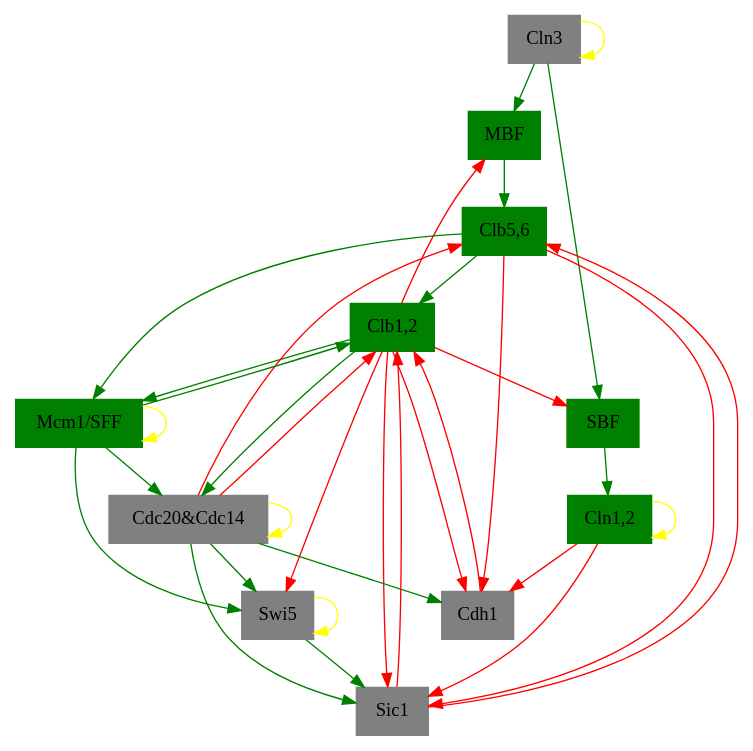
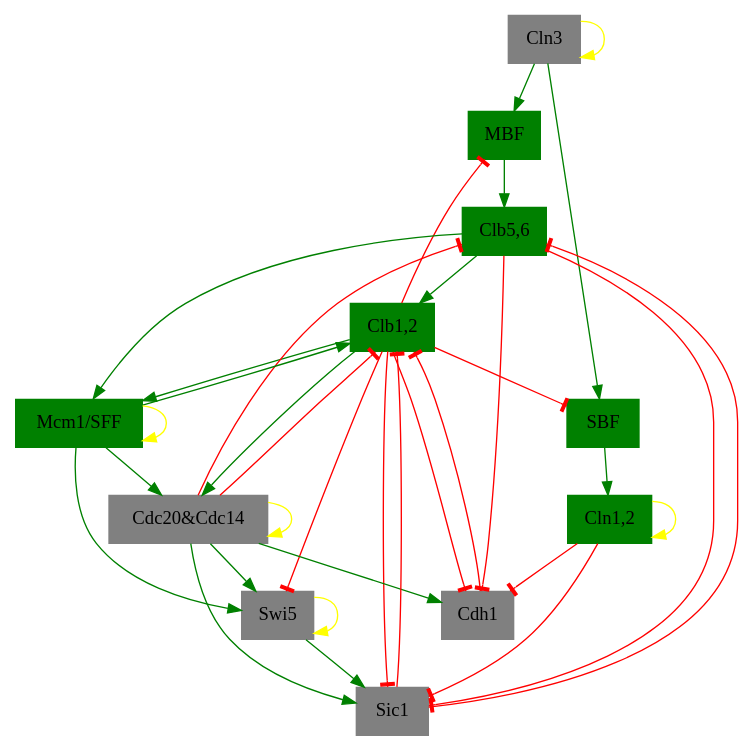
One commit to ellaqezi/cellCycle changed the diagram in temporal/6.gv. Above: the diagram before and after it, drawn with Graphviz. The commit also changed 31 other files, not shown here.

```diff
--- a/temporal/6.gv
+++ b/temporal/6.gv
@@ -1,70 +1,70 @@
-digraph 01110001011  {
+digraph "01110001011"  {
 "Cln3" [shape=box, color=gray, style=filled];
-	edge [color=yellow]; 
+	edge [color=yellow, arrowhead=normal]; 
 	"Cln3" -> "Cln3";
 "MBF" [shape=box, color=green, style=filled];
-	edge [color=green]; 
+	edge [color=green, arrowhead=normal]; 
 	"Cln3" -> "MBF";
-	edge [color=red]; 
+	edge [color=red, arrowhead=tee]; 
 	"Clb1,2" -> "MBF";
 "SBF" [shape=box, color=green, style=filled];
-	edge [color=green]; 
+	edge [color=green, arrowhead=normal]; 
 	"Cln3" -> "SBF";
-	edge [color=red]; 
+	edge [color=red, arrowhead=tee]; 
 	"Clb1,2" -> "SBF";
 "Cln1,2" [shape=box, color=green, style=filled];
-	edge [color=yellow]; 
+	edge [color=yellow, arrowhead=normal]; 
 	"Cln1,2" -> "Cln1,2";
-	edge [color=green]; 
+	edge [color=green, arrowhead=normal]; 
 	"SBF" -> "Cln1,2";
 "Cdh1" [shape=box, color=gray, style=filled];
-	edge [color=green]; 
+	edge [color=green, arrowhead=normal]; 
 	"Cdc20&Cdc14" -> "Cdh1";
-	edge [color=red]; 
+	edge [color=red, arrowhead=tee]; 
 	"Clb1,2" -> "Cdh1";
 	"Clb5,6" -> "Cdh1";
 	"Cln1,2" -> "Cdh1";
 "Swi5" [shape=box, color=gray, style=filled];
-	edge [color=yellow]; 
+	edge [color=yellow, arrowhead=normal]; 
 	"Swi5" -> "Swi5";
-	edge [color=green]; 
+	edge [color=green, arrowhead=normal]; 
 	"Cdc20&Cdc14" -> "Swi5";
 	"Mcm1/SFF" -> "Swi5";
-	edge [color=red]; 
+	edge [color=red, arrowhead=tee]; 
 	"Clb1,2" -> "Swi5";
 "Cdc20&Cdc14" [shape=box, color=gray, style=filled];
-	edge [color=yellow]; 
+	edge [color=yellow, arrowhead=normal]; 
 	"Cdc20&Cdc14" -> "Cdc20&Cdc14";
-	edge [color=green]; 
+	edge [color=green, arrowhead=normal]; 
 	"Clb1,2" -> "Cdc20&Cdc14";
 	"Mcm1/SFF" -> "Cdc20&Cdc14";
 "Clb5,6" [shape=box, color=green, style=filled];
-	edge [color=green]; 
+	edge [color=green, arrowhead=normal]; 
 	"MBF" -> "Clb5,6";
-	edge [color=red]; 
+	edge [color=red, arrowhead=tee]; 
 	"Cdc20&Cdc14" -> "Clb5,6";
 	"Sic1" -> "Clb5,6";
 "Sic1" [shape=box, color=gray, style=filled];
-	edge [color=green]; 
+	edge [color=green, arrowhead=normal]; 
 	"Cdc20&Cdc14" -> "Sic1";
 	"Swi5" -> "Sic1";
-	edge [color=red]; 
+	edge [color=red, arrowhead=tee]; 
 	"Clb1,2" -> "Sic1";
 	"Clb5,6" -> "Sic1";
 	"Cln1,2" -> "Sic1";
 "Clb1,2" [shape=box, color=green, style=filled];
-	edge [color=green]; 
+	edge [color=green, arrowhead=normal]; 
 	"Clb5,6" -> "Clb1,2";
 	"Mcm1/SFF" -> "Clb1,2";
-	edge [color=red]; 
+	edge [color=red, arrowhead=tee]; 
 	"Cdc20&Cdc14" -> "Clb1,2";
 	"Cdh1" -> "Clb1,2";
 	"Sic1" -> "Clb1,2";
 "Mcm1/SFF" [shape=box, color=green, style=filled];
-	edge [color=yellow]; 
+	edge [color=yellow, arrowhead=normal]; 
 	"Mcm1/SFF" -> "Mcm1/SFF";
-	edge [color=green]; 
+	edge [color=green, arrowhead=normal]; 
 	"Clb1,2" -> "Mcm1/SFF";
 	"Clb5,6" -> "Mcm1/SFF";
 
 }
```
